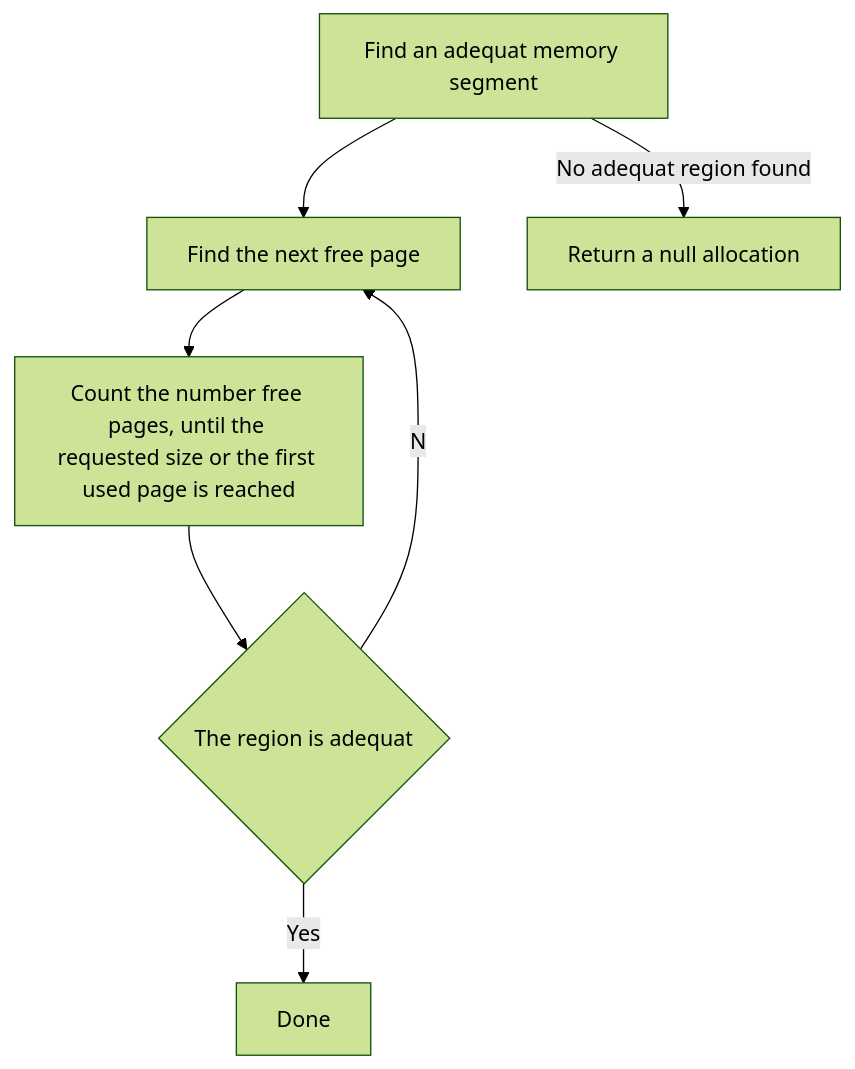
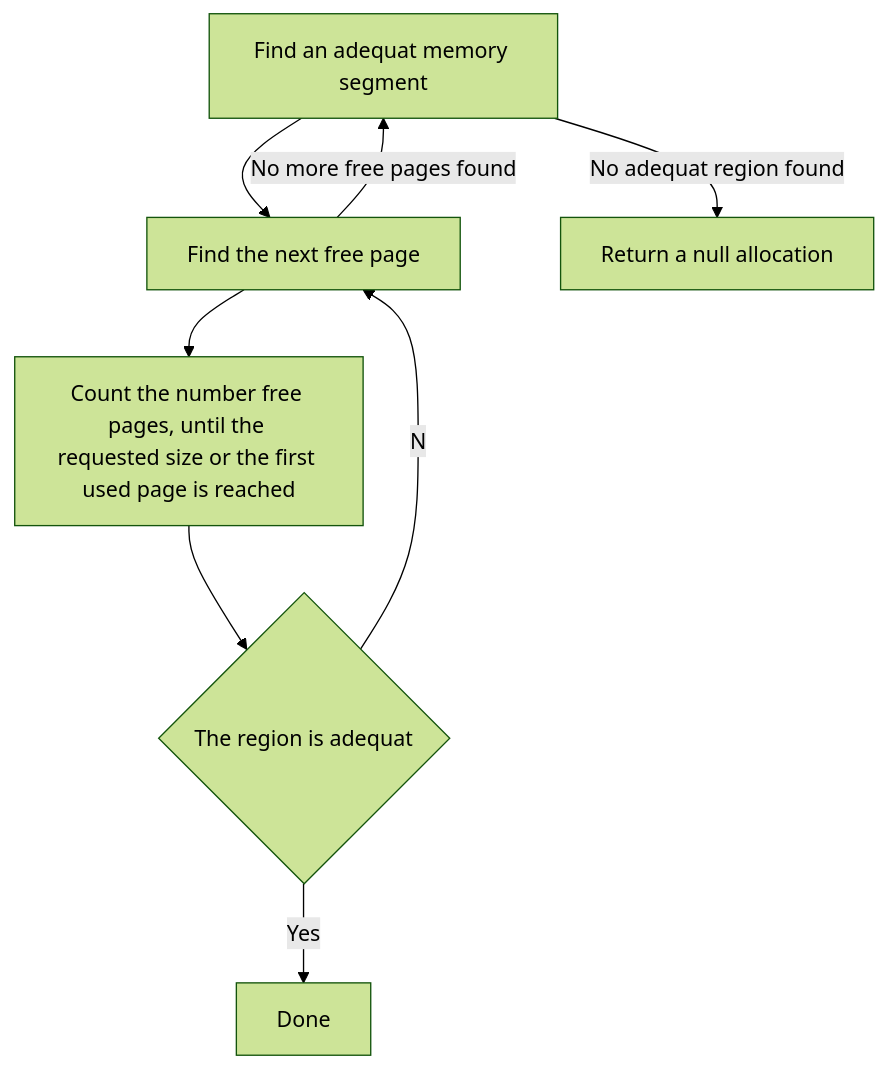
Before and after one commit to yarml/HeliumOS: the second of 2 diagrams in docs/Memory.md, drawn with Mermaid (forest theme). The commit also changed other lines of this file and 13 other files, not shown here.

````diff
--- a/docs/Memory.md
+++ b/docs/Memory.md
@@ -38,9 +38,11 @@
 ```mermaid
 graph TD;
   A[Find an adequat memory segment]-->B[Find the next free page];
   B-->C[Count the number free pages, until the requested size or the first used page is reached];
   C-->D{The region is adequat};
   D--No-->B;
   D--Yes-->E[Done];
+  
   A--No adequat region found-->F[Return a null allocation];
+  B--No more free pages found-->A;
 ```
````
